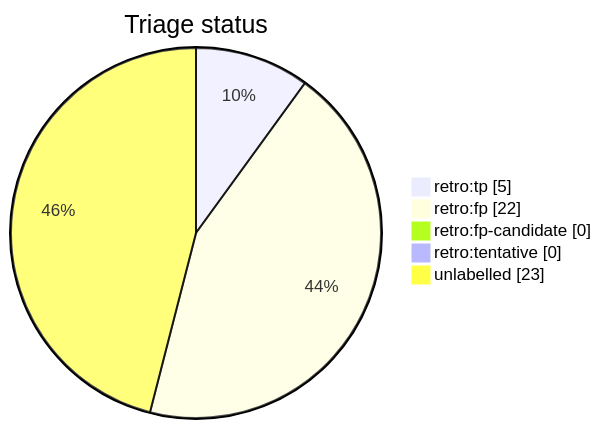
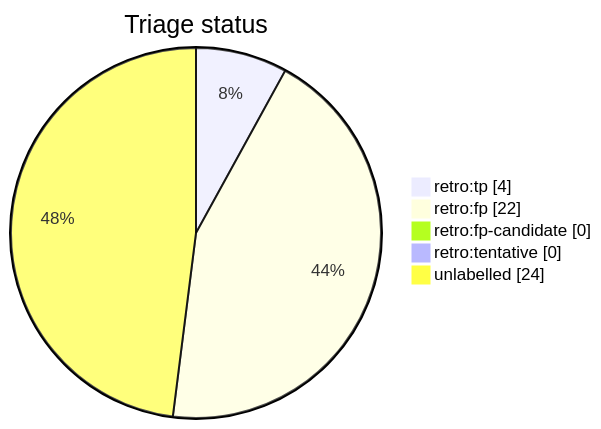
The diagram in docs/generated/scripts/auto-retro-triage-report.md (tvna/claude-md), drawn with Mermaid before and after one commit. The commit also changed other lines of this file, not shown here.

First line of the commit message:
chore(auto-retro): refresh triage report

````diff
--- a/docs/generated/scripts/auto-retro-triage-report.md
+++ b/docs/generated/scripts/auto-retro-triage-report.md
@@ -15,9 +15,9 @@
 ```mermaid
 pie showData
     title Triage status
-    "retro:tp" : 5
+    "retro:tp" : 4
     "retro:fp" : 22
     "retro:fp-candidate" : 0
     "retro:tentative" : 0
-    "unlabelled" : 23
+    "unlabelled" : 24
 ```
````
